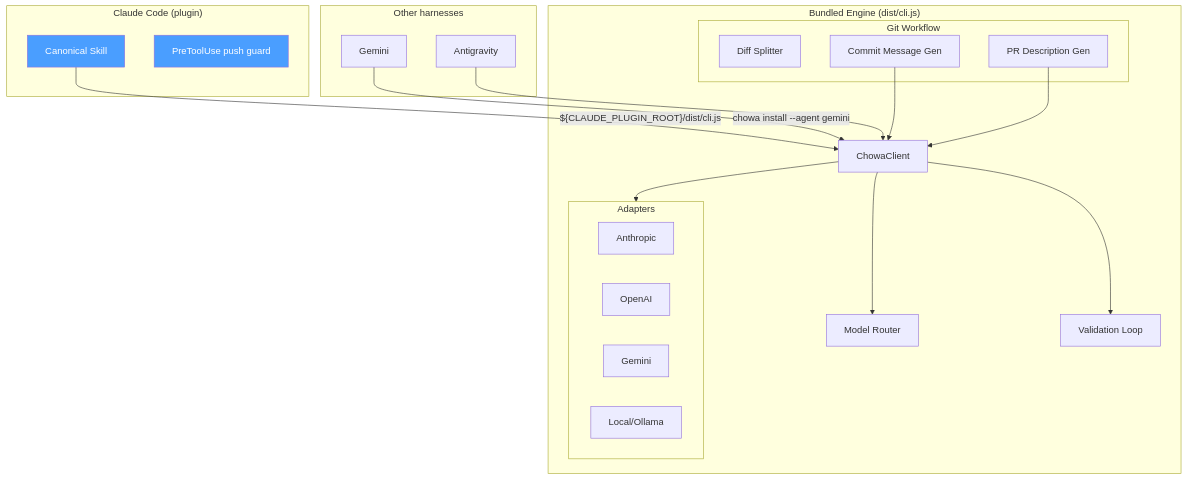
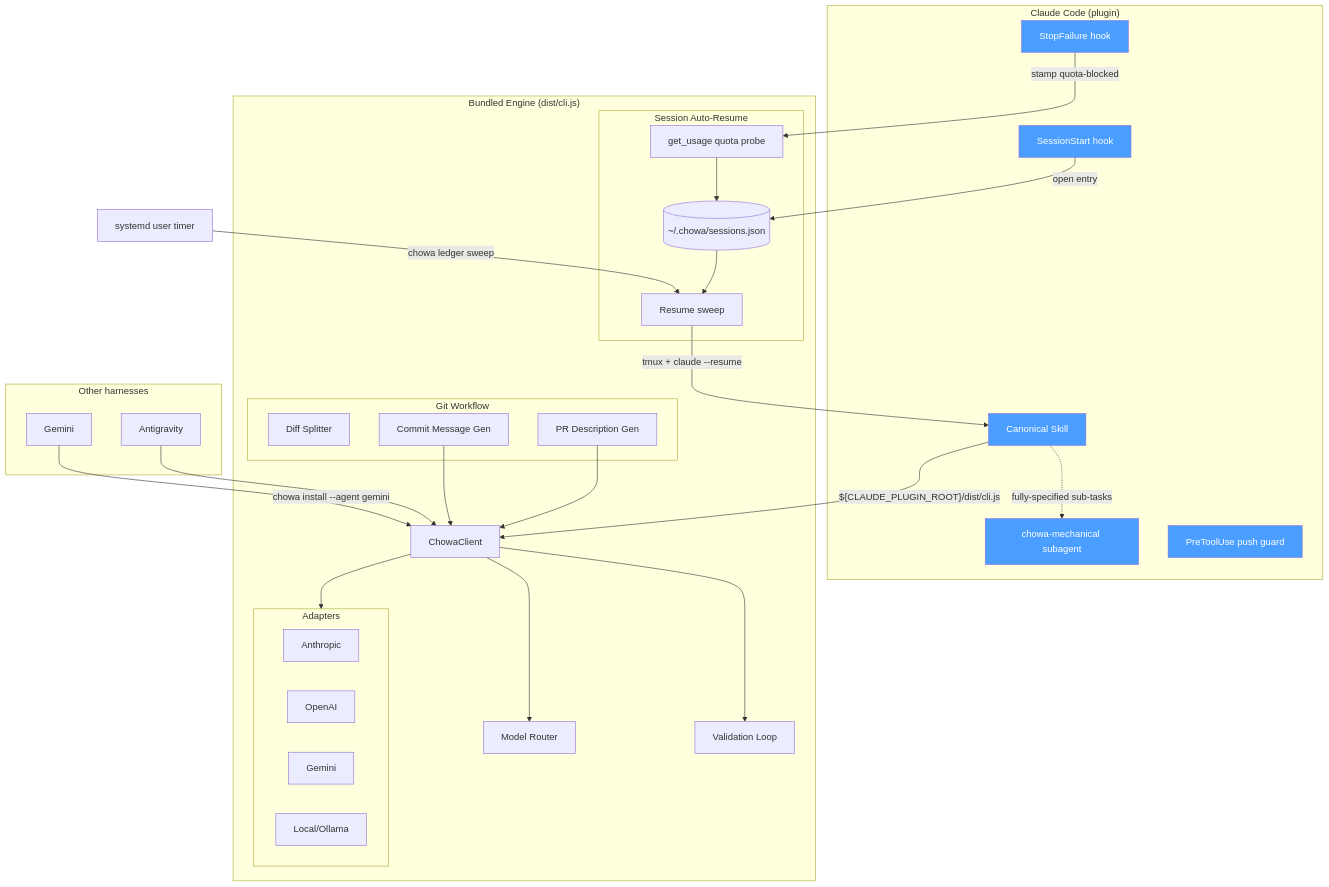
Before and after one commit to franprince/chowa: the diagram in README.md, drawn with Mermaid. The commit also changed other lines of this file, not shown here.

First line of the commit message:
docs(chowa): document mechanical delegation and session auto-resume in README

````diff
--- a/README.md
+++ b/README.md
@@ -20,43 +20,65 @@
 ```mermaid
 graph TD
     subgraph "Claude Code (plugin)"
         SKILL[Canonical Skill]
+        MECH[chowa-mechanical subagent]
         HOOK[PreToolUse push guard]
+        SS[SessionStart hook]
+        SF[StopFailure hook]
     end
 
     subgraph "Other harnesses"
         GEM_H[Gemini]
         AG_H[Antigravity]
     end
 
     subgraph "Bundled Engine (dist/cli.js)"
         CLIENT[ChowaClient]
         ROUTER[Model Router]
         VALIDATE[Validation Loop]
 
         subgraph Adapters
             ANTH[Anthropic]
             OAI[OpenAI]
             GEM[Gemini]
             LOCAL[Local/Ollama]
         end
 
         subgraph "Git Workflow"
             SPLIT[Diff Splitter]
             COMMIT[Commit Message Gen]
             PR[PR Description Gen]
         end
+
+        subgraph "Session Auto-Resume"
+            PROBE[get_usage quota probe]
+            SWEEP[Resume sweep]
+            LEDGER[("~/.chowa/sessions.json")]
+        end
     end
 
+    TIMER[systemd user timer]
+
     SKILL -->|"${CLAUDE_PLUGIN_ROOT}/dist/cli.js"| CLIENT
+    SKILL -.->|fully-specified sub-tasks| MECH
     GEM_H -->|chowa install --agent gemini| CLIENT
     AG_H --> CLIENT
     CLIENT --> ROUTER
     CLIENT --> VALIDATE
     CLIENT --> Adapters
     COMMIT --> CLIENT
     PR --> CLIENT
 
+    SS -->|open entry| LEDGER
+    SF -->|stamp quota-blocked| PROBE
+    PROBE --> LEDGER
+    TIMER -->|chowa ledger sweep| SWEEP
+    LEDGER --> SWEEP
+    SWEEP -->|"tmux + claude --resume"| SKILL
+
     style SKILL fill:#4a9eff,color:#fff
+    style MECH fill:#4a9eff,color:#fff
     style HOOK fill:#4a9eff,color:#fff
+    style SS fill:#4a9eff,color:#fff
+    style SF fill:#4a9eff,color:#fff
 ```
````
